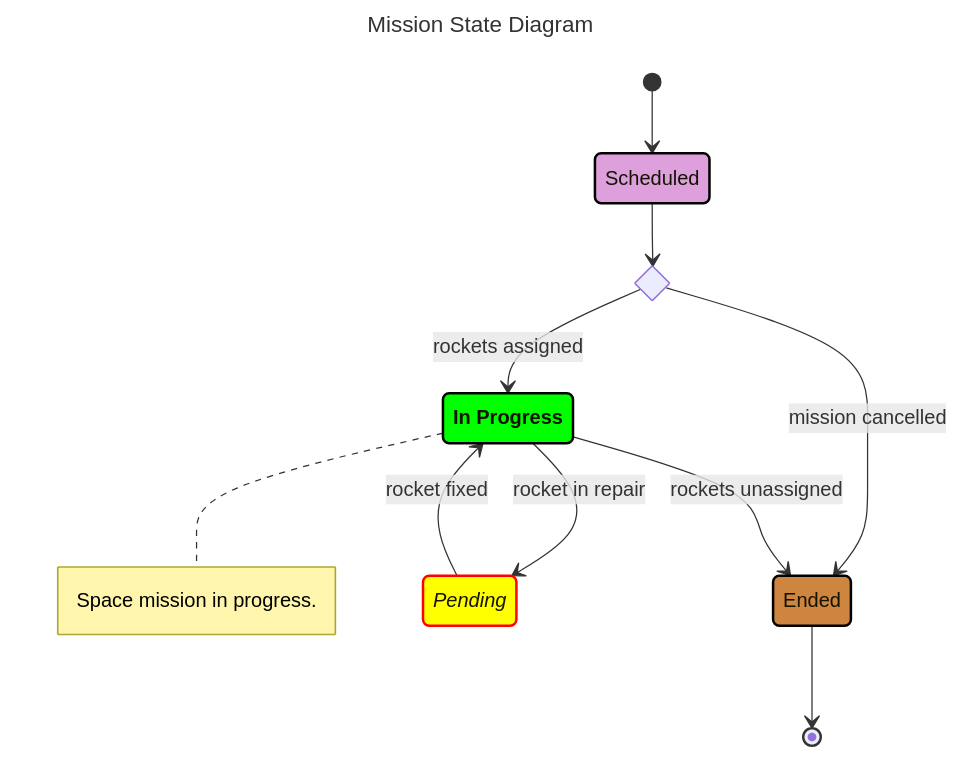
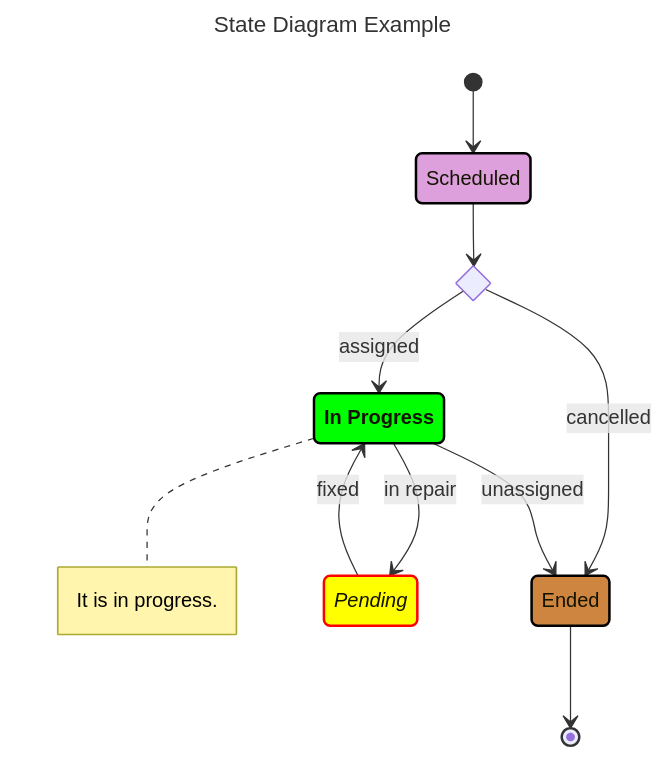
One commit to Ee-Cs/Ee-Cs.github.io changed the diagram in files/state-diagrams.md. Above: the diagram before and after it, drawn with Mermaid. The commit also changed other lines of this file and 3 other files, not shown here.

````diff
--- a/files/state-diagrams.md
+++ b/files/state-diagrams.md
@@ -4,33 +4,33 @@
 ```mermaid
 ---
-title: Mission State Diagram
+title: State Diagram Example
 ---
 stateDiagram
 direction TB
 
 %% State definitions
 state "Scheduled" as SCH
 state CHO <<choice>>
 state "In Progress" as PRG
 note right of PRG
-  Space mission in progress.
+  It is in progress.
 end note
 state "Pending" as PND
 state "Ended" as END
 
 %% Transitions
 [*] --> SCH:::schedClass
 SCH --> CHO
-CHO --> PRG:::progClass : rockets assigned
-CHO --> END:::endClass : mission cancelled
-PRG --> PND:::pendClass : rocket in repair
-PND --> PRG : rocket fixed
-PRG --> END : rockets unassigned
+CHO --> PRG:::progClass : assigned
+CHO --> END:::endClass : cancelled
+PRG --> PND:::pendClass : in repair
+PND --> PRG : fixed
+PRG --> END : unassigned
 END --> [*]
 
 %% Style definitions
 classDef schedClass fill: plum, stroke: #000, stroke-width: 2px
 classDef progClass fill: lime, stroke: #000, stroke-width: 2px,font-weight:bold
 classDef pendClass fill: yellow, stroke: #000, stroke-width: 2px, font-style:italic,stroke-width:2px,stroke:red
 classDef endClass fill: peru, stroke: #000, stroke-width: 2px
 ```
````
